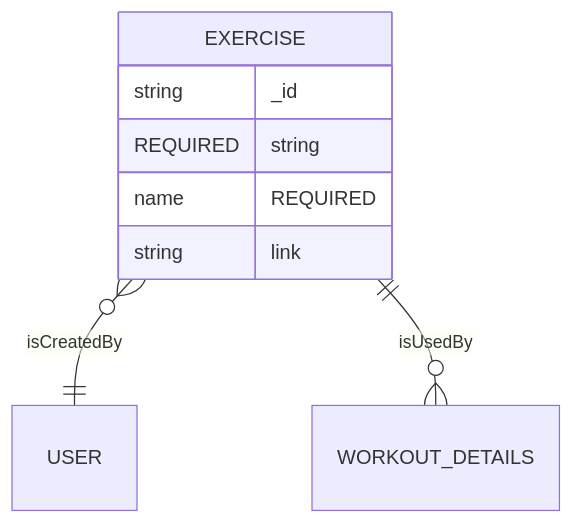
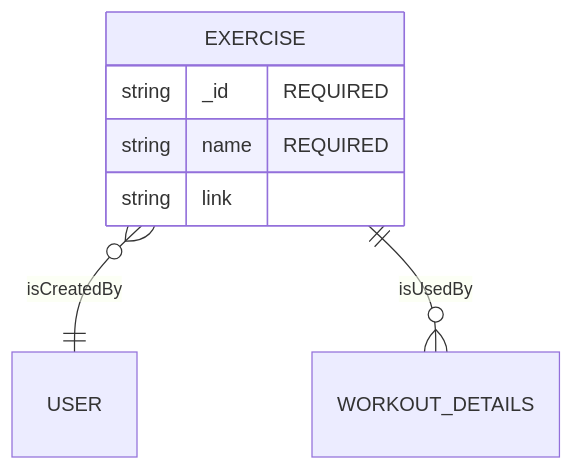
The second of 4 diagrams in README.md (the-papabear/movemf), drawn with Mermaid before and after one commit. The commit also changed other lines of this file, not shown here.

````diff
--- a/README.md
+++ b/README.md
@@ -77,10 +77,10 @@
 ```mermaid
   erDiagram
     EXERCISE }o--|| USER : isCreatedBy
     EXERCISE {
-      string _id  REQUIRED
-      string name REQUIRED
+      string _id  "REQUIRED"
+      string name "REQUIRED"
       string link
     }
     EXERCISE ||--o{ WORKOUT_DETAILS : isUsedBy
 ```
````
